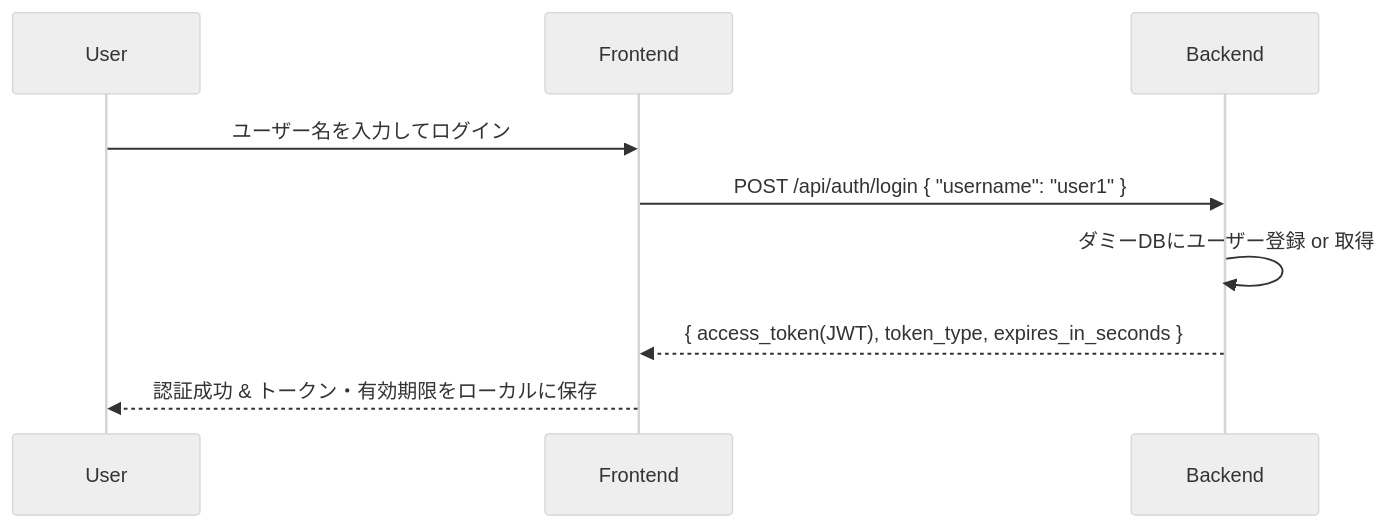
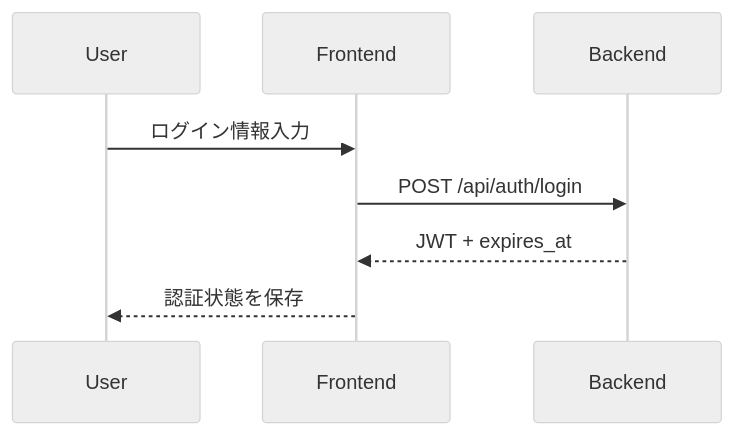
Before and after one commit to koki-ymd/stock-viewer: the third of 4 diagrams in docs/architecture.md, drawn with Mermaid (neutral theme). The commit also changed other lines of this file, not shown here.

Commit message:
docs: update architecture.md for portfolio

````diff
--- a/docs/architecture.md
+++ b/docs/architecture.md
@@ -316,12 +414,11 @@
 ```mermaid
 sequenceDiagram
   participant U as User
   participant FE as Frontend
   participant BE as Backend
 
-  U->>FE: ユーザー名を入力してログイン
-  FE->>BE: POST /api/auth/login { "username": "user1" }
-  BE->>BE: ダミーDBにユーザー登録 or 取得
-  BE-->>FE: { access_token(JWT), token_type, expires_in_seconds }
-  FE-->>U: 認証成功 & トークン・有効期限をローカルに保存
+  U->>FE: ログイン情報入力
+  FE->>BE: POST /api/auth/login
+  BE-->>FE: JWT + expires_at
+  FE-->>U: 認証状態を保存
 ```
````
